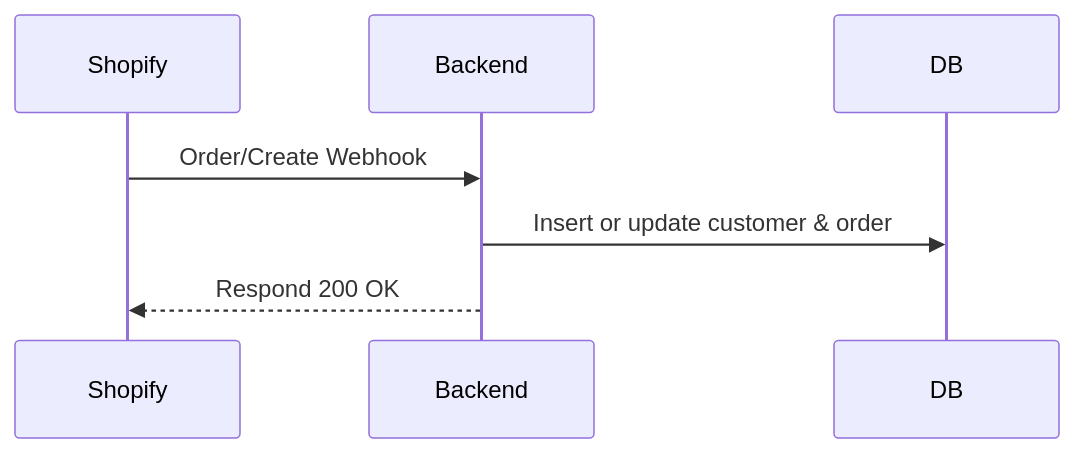
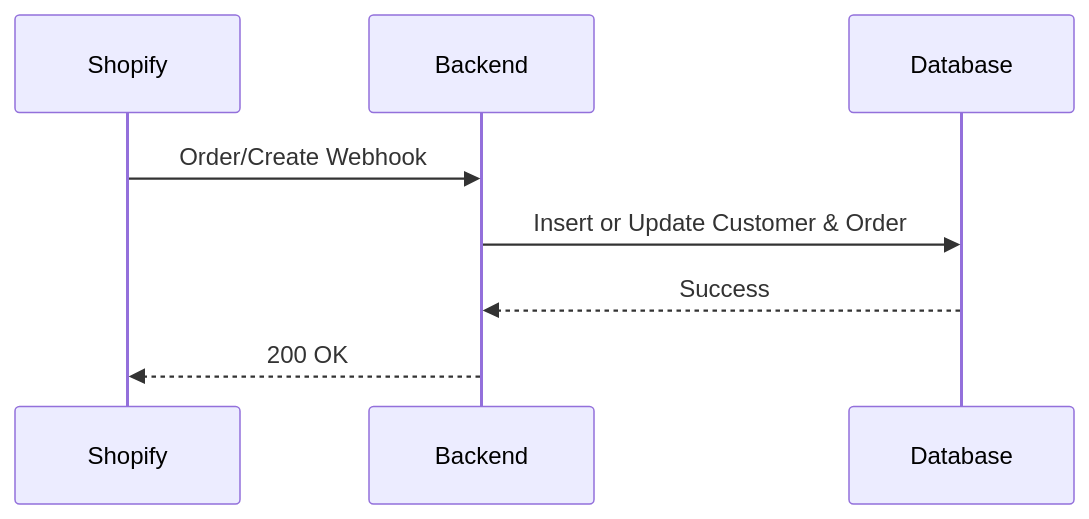
The second of 4 diagrams in readme.md (Sidop03/XenoProject), drawn with Mermaid before and after one commit. The commit also changed other lines of this file, not shown here.

````diff
--- a/readme.md
+++ b/readme.md
@@ -41,10 +41,11 @@
 ```mermaid
 sequenceDiagram
-    participant Shopify
-    participant Backend
-    participant DB
+    participant S as Shopify
+    participant B as Backend
+    participant D as Database
 
-    Shopify->>Backend: Order/Create Webhook
-    Backend->>DB: Insert or update customer & order
-    Backend-->>Shopify: Respond 200 OK
+    S->>B: Order/Create Webhook
+    B->>D: Insert or Update Customer & Order
+    D-->>B: Success
+    B-->>S: 200 OK
 ```
````
